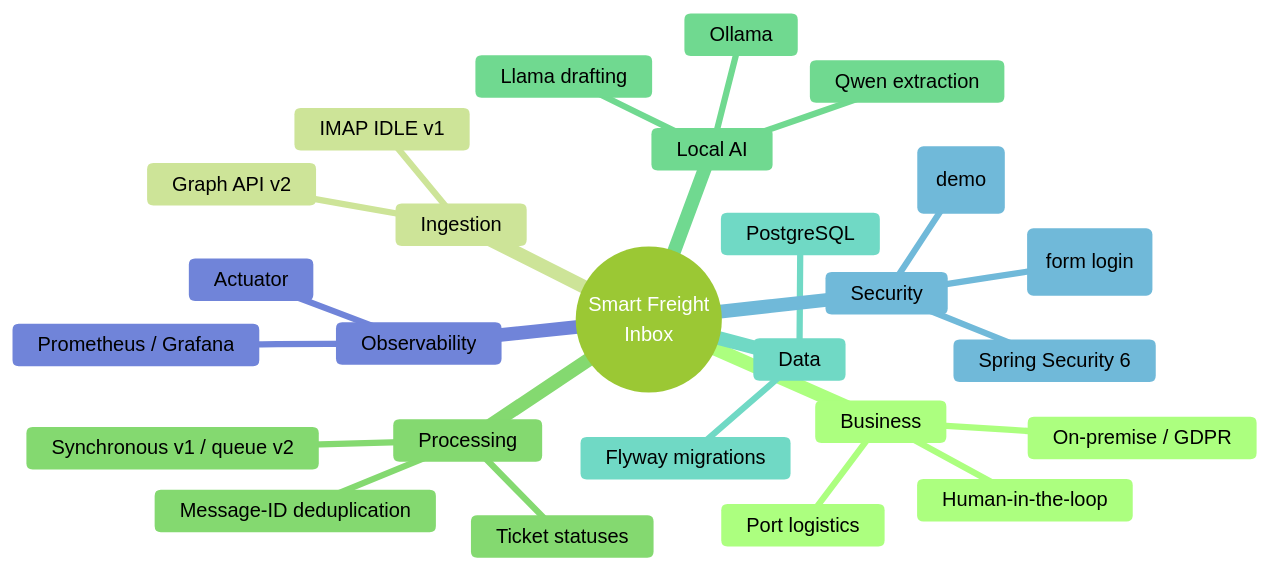
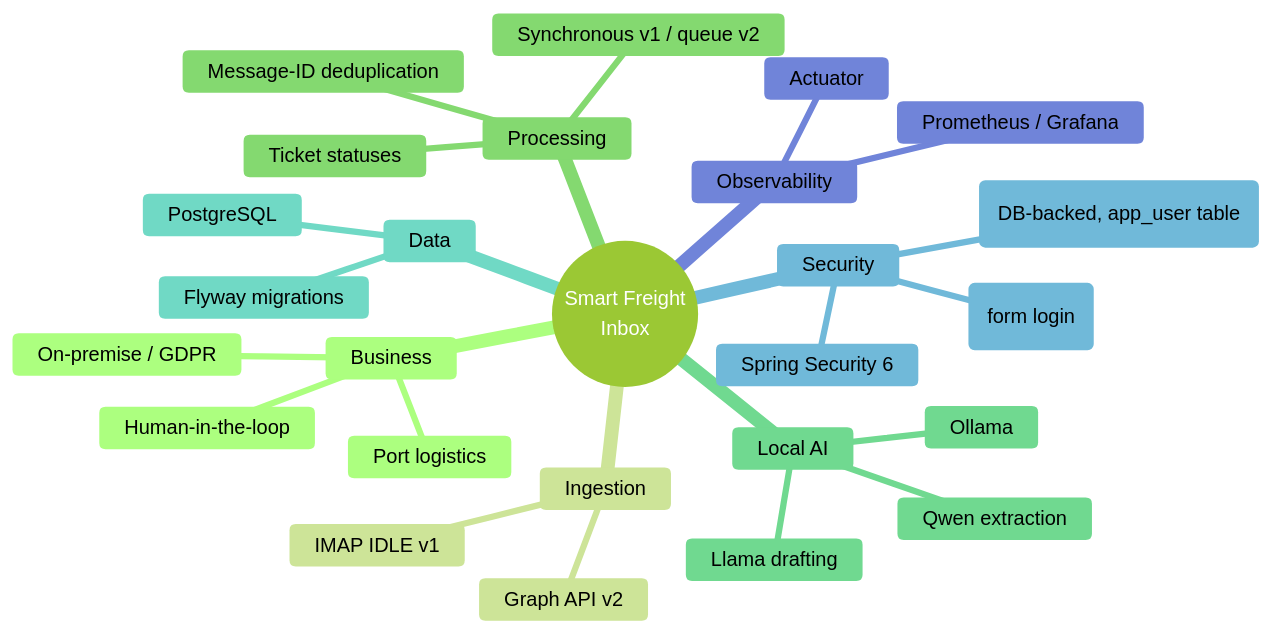
The sixth of 11 diagrams in docs/PRESENTATION_TREE_MAP.md (olegskel7-wq/smart-freight-inbox), drawn with Mermaid (forest theme) before and after one commit. The commit also changed other lines of this file and 12 other files, not shown here.

First line of the commit message:
﻿refactor: unify auth via DbUserDetailsService, fix AdminController transactions, add UI error page

````diff
--- a/docs/PRESENTATION_TREE_MAP.md
+++ b/docs/PRESENTATION_TREE_MAP.md
@@ -160,29 +160,29 @@
 ```mermaid
 mindmap
   root((Smart Freight<br/>Inbox))
     Business
       Port logistics
       On-premise / GDPR
       Human-in-the-loop
     Ingestion
       IMAP IDLE v1
       Graph API v2
     Processing
       Message-ID deduplication
       Synchronous v1 / queue v2
       Ticket statuses
     Local AI
       Qwen extraction
       Llama drafting
       Ollama
     Data
       PostgreSQL
       Flyway migrations
     Security
       Session cookie (form login)
       Spring Security 6
-      InMemoryUserDetailsManager (demo)
+      DbUserDetailsService (DB-backed, app_user table)
     Observability
       Actuator
       Prometheus / Grafana
 ```
````
